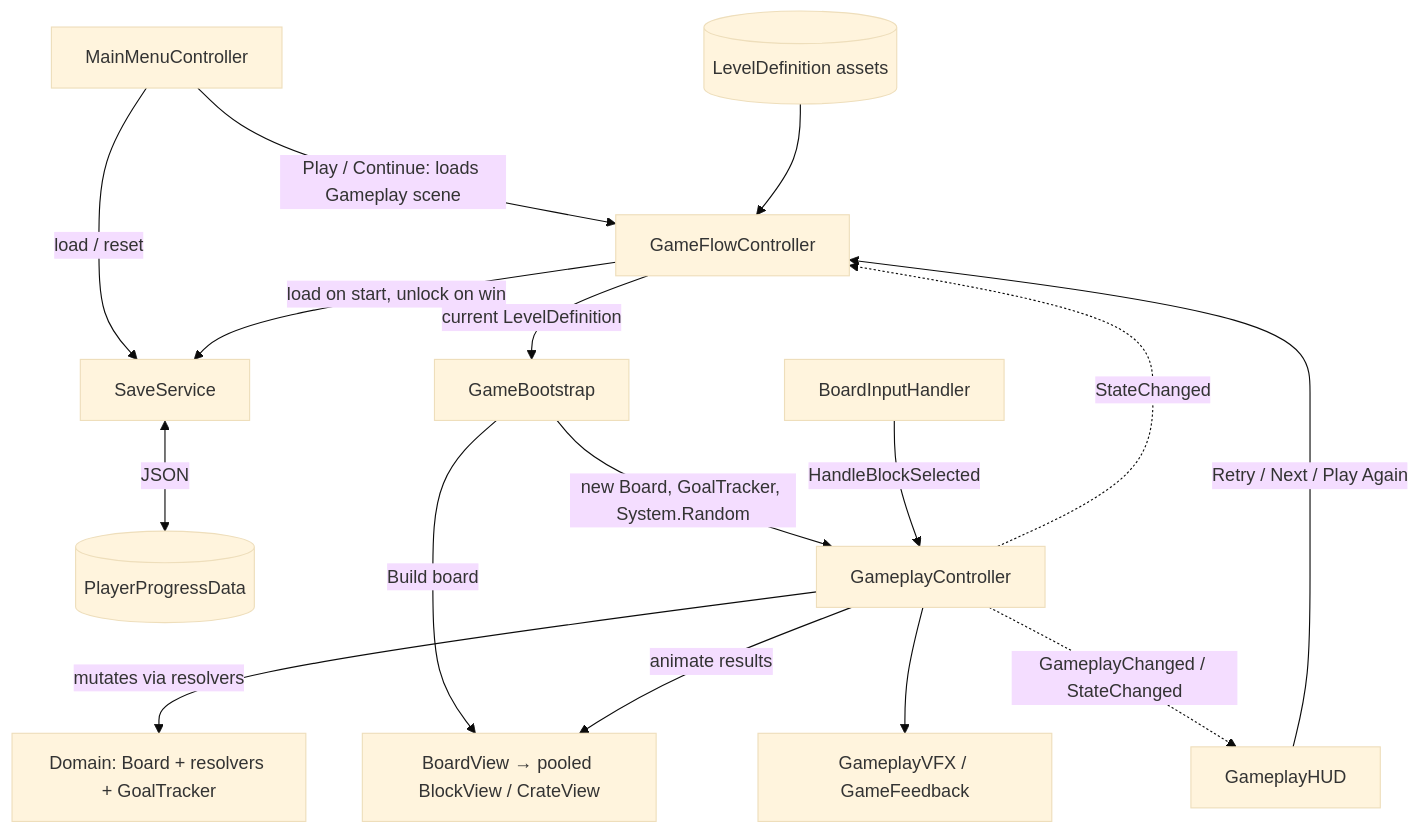
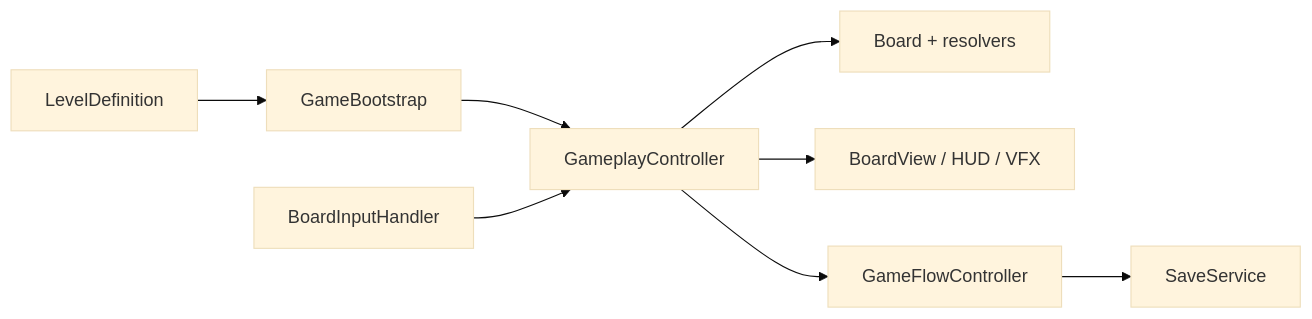
One commit to AysuKeskin/BlastPuzzle changed the diagram in README.md. Above: the diagram before and after it, drawn with Mermaid (base theme). The commit also changed other lines of this file, not shown here.

Commit message:
docs: refine architecture section in README, clarify code layers and move resolution process

````diff
--- a/README.md
+++ b/README.md
@@ -65,20 +58,8 @@
 ```mermaid
-flowchart TD
-    Menu[MainMenuController] -->|load / reset| Save[SaveService]
-    Menu -->|"Play / Continue: loads Gameplay scene"| Flow
-    Save <-->|JSON| Progress[(PlayerProgressData)]
-
-    Flow[GameFlowController] -->|load on start, unlock on win| Save
-    Flow -->|current LevelDefinition| Boot[GameBootstrap]
-    Levels[(LevelDefinition assets)] --> Flow
-    Boot -->|new Board, GoalTracker, System.Random| GC[GameplayController]
-    Boot -->|Build board| BV
-
-    Input[BoardInputHandler] -->|HandleBlockSelected| GC
-    GC -->|mutates via resolvers| Domain["Domain: Board + resolvers + GoalTracker"]
-    GC -->|animate results| BV[BoardView → pooled BlockView / CrateView]
-    GC --> FX[GameplayVFX / GameFeedback]
-    GC -.->|GameplayChanged / StateChanged| HUD[GameplayHUD]
-    GC -.->|StateChanged| Flow
-    HUD -->|Retry / Next / Play Again| Flow
+flowchart LR
+    Level[LevelDefinition] --> Boot[GameBootstrap] --> GC[GameplayController]
+    Input[BoardInputHandler] --> GC
+    GC --> Domain[Board + resolvers]
+    GC --> View[BoardView / HUD / VFX]
+    GC --> Flow[GameFlowController] --> Save[SaveService]
 ```
````
